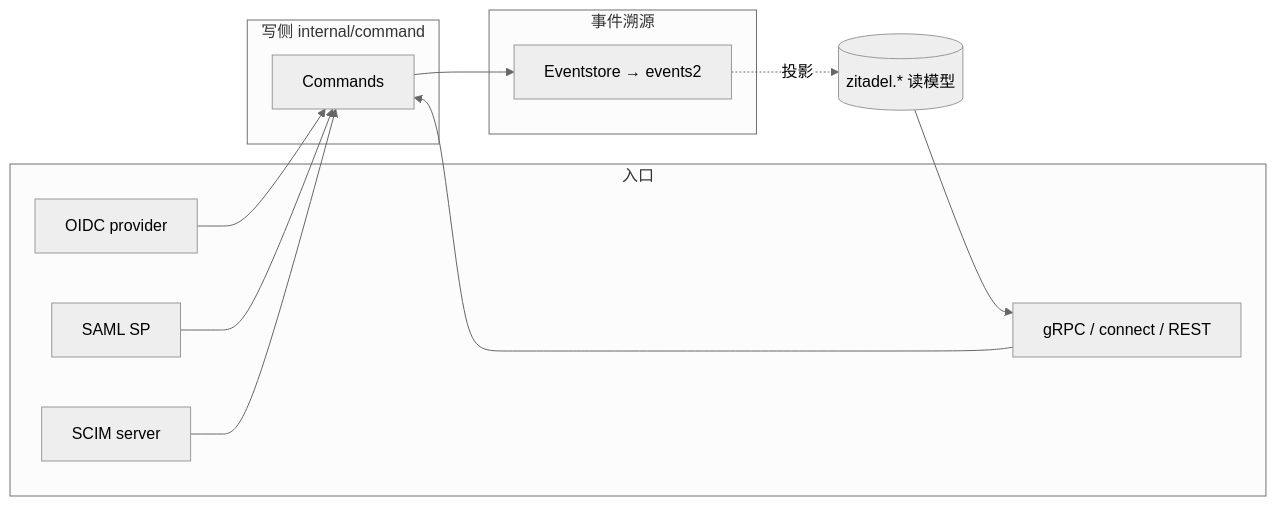
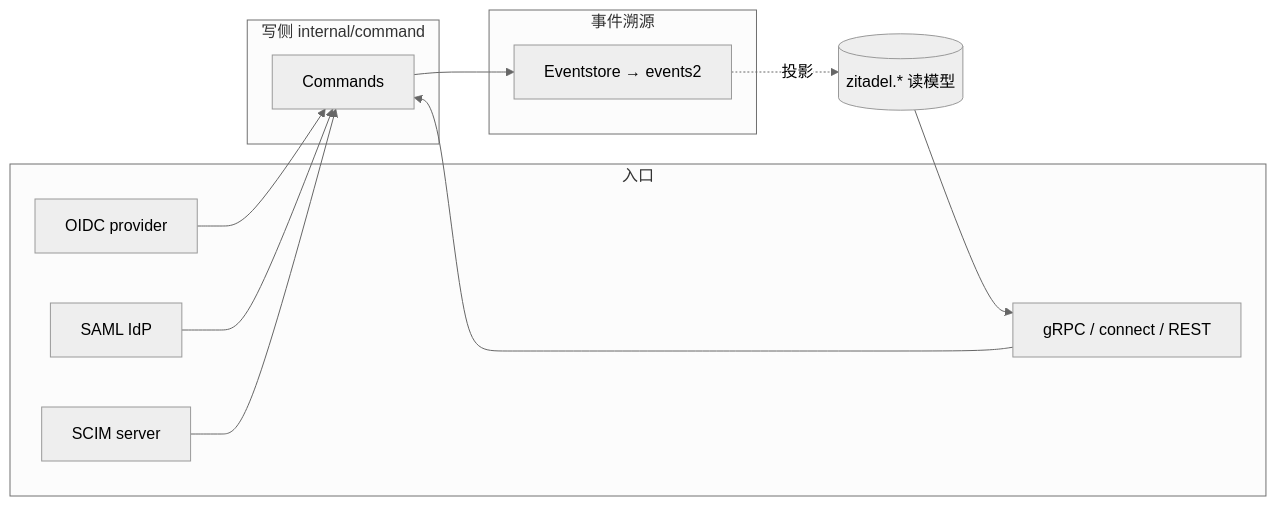
One commit to morehao/oss-insights changed the diagram in auth/zitadel/oauth-saml-scim-api.md. Above: the diagram before and after it, drawn with Mermaid (neutral theme). The commit also changed other lines of this file and 16 other files, not shown here.

````diff
--- a/auth/zitadel/oauth-saml-scim-api.md
+++ b/auth/zitadel/oauth-saml-scim-api.md
@@ -66,22 +66,22 @@
 ```mermaid
 graph LR
     subgraph 入口
         P["OIDC provider"] 
-        S["SAML SP"]
+        S["SAML IdP"]
         C["SCIM server"]
         G["gRPC / connect / REST"]
     end
     subgraph 写侧 internal/command
         B["Commands"]
     end
     subgraph 事件溯源
         E["Eventstore → events2"]
     end
     P --> B
     S --> B
     C --> B
     G --> B
     B --> E
     E -.投影.-> R[("zitadel.* 读模型")]
     R --> G
 ```
````
